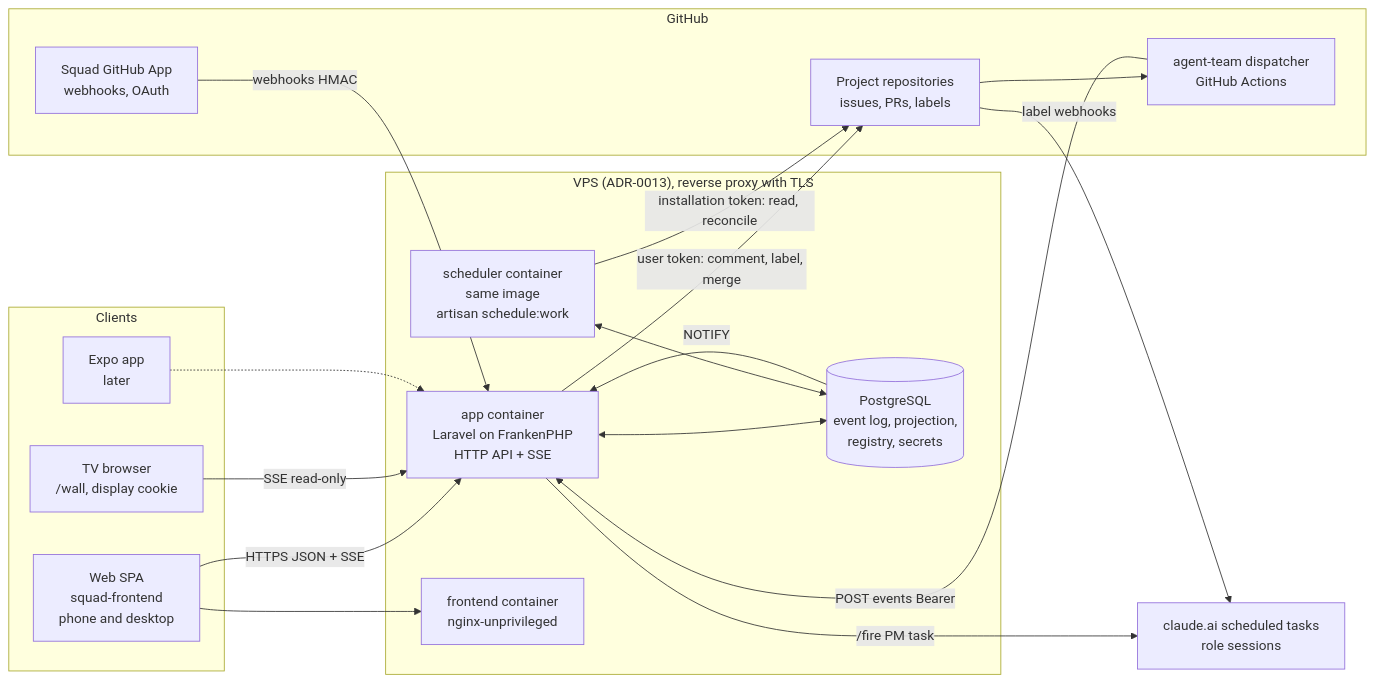
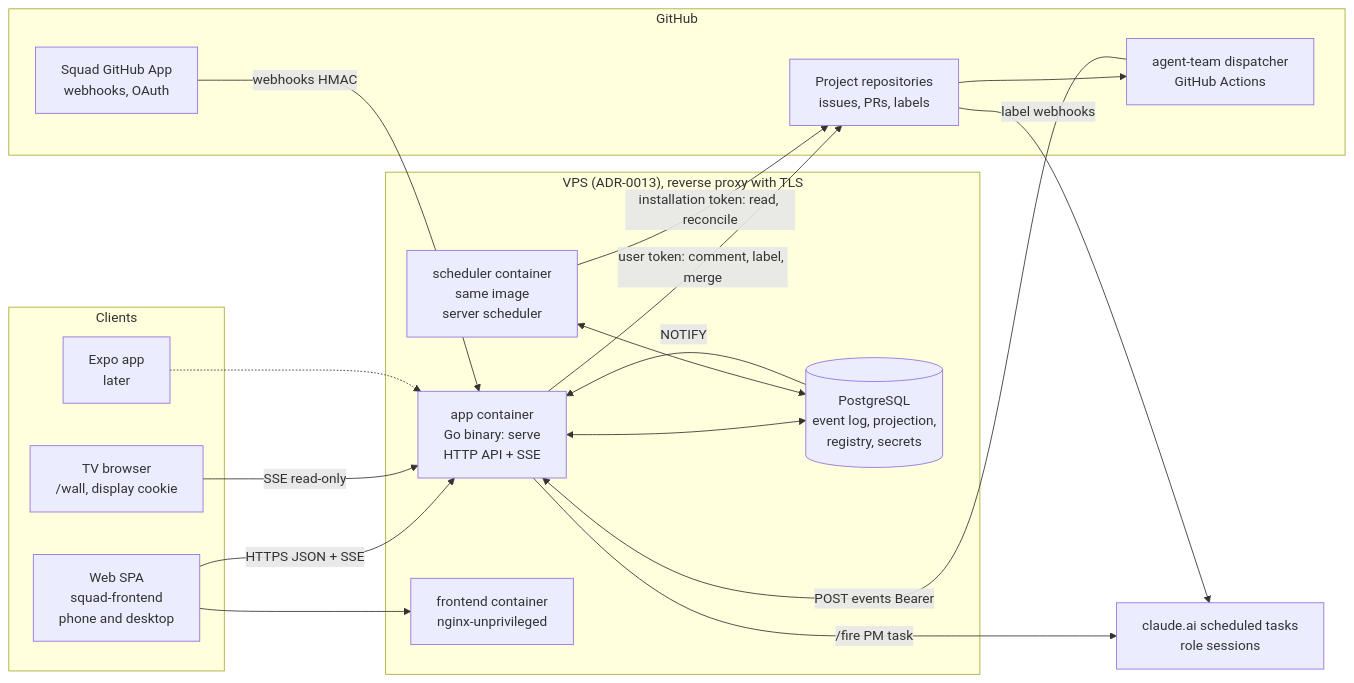
The first of 4 diagrams in .scratch/platform/architecture.md (GabrielSoares-Dev/project-generator), drawn with Mermaid before and after one commit. The commit also changed other lines of this file and 1 other file, not shown here.

First line of the commit message:
docs: platform architecture plan rewritten for Go

````diff
--- a/.scratch/platform/architecture.md
+++ b/.scratch/platform/architecture.md
@@ -52,38 +52,38 @@
 ```mermaid
 flowchart LR
   subgraph Clients
     WEB[Web SPA<br/>squad-frontend<br/>phone and desktop]
     TV[TV browser<br/>/wall, display cookie]
     MOB[Expo app<br/>later]
   end
 
   subgraph VPS["VPS (ADR-0013), reverse proxy with TLS"]
-    APP[app container<br/>Laravel on FrankenPHP<br/>HTTP API + SSE]
-    SCH[scheduler container<br/>same image<br/>artisan schedule:work]
+    APP[app container<br/>Go binary: serve<br/>HTTP API + SSE]
+    SCH[scheduler container<br/>same image<br/>server scheduler]
     DB[(PostgreSQL<br/>event log, projection,<br/>registry, secrets)]
     NGX[frontend container<br/>nginx-unprivileged]
   end
 
   subgraph GitHub
     GHAPP[Squad GitHub App<br/>webhooks, OAuth]
     REPOS[Project repositories<br/>issues, PRs, labels]
     DISP[agent-team dispatcher<br/>GitHub Actions]
   end
 
   CLAUDE[claude.ai scheduled tasks<br/>role sessions]
 
   WEB -- HTTPS JSON + SSE --> APP
   TV -- SSE read-only --> APP
   MOB -.-> APP
   WEB --> NGX
   APP <--> DB
   SCH <--> DB
   DB -- NOTIFY --> APP
   GHAPP -- webhooks HMAC --> APP
   DISP -- POST events Bearer --> APP
   APP -- user token: comment, label, merge --> REPOS
   SCH -- installation token: read, reconcile --> REPOS
   APP -- /fire PM task --> CLAUDE
   REPOS -- label webhooks --> CLAUDE
   REPOS --> DISP
 ```
````
